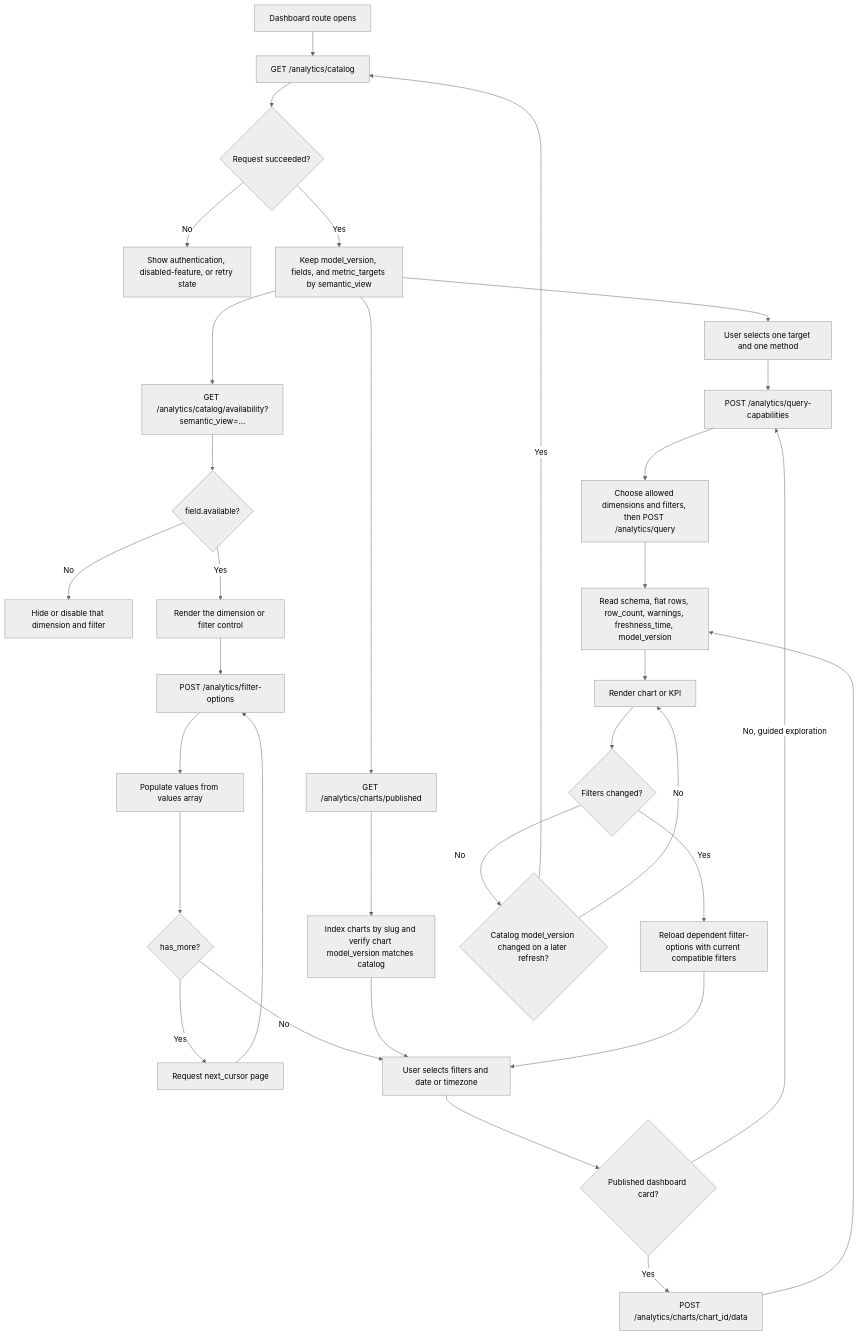
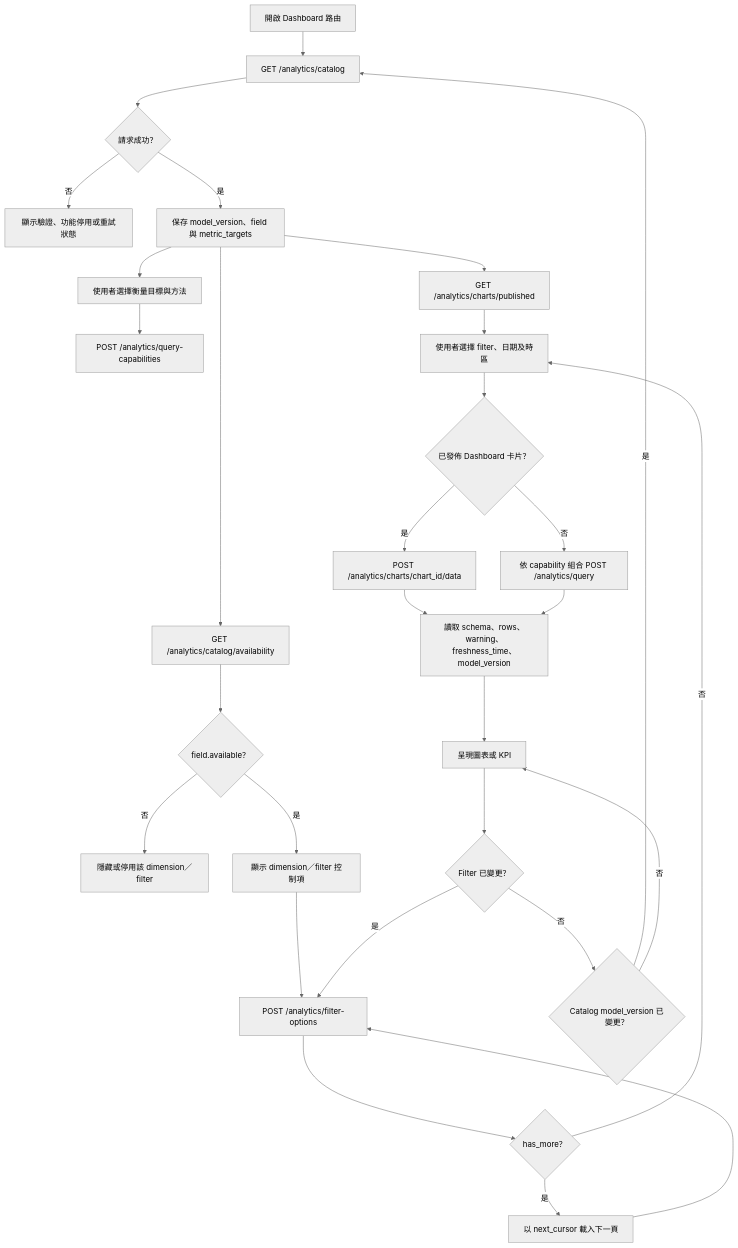
The diagram in docs/FRONTEND_DASHBOARD_ANALYTICS_WORKFLOW.md (jimmy0905/CLS-2-Backend), drawn with Mermaid (neutral theme) before and after one commit. The commit also changed other lines of this file and 11 other files, not shown here.

First line of the commit message:
Update legacy endpoint documentation and semantic view metrics guide with Chinese translations and clarifications

````diff
--- a/docs/FRONTEND_DASHBOARD_ANALYTICS_WORKFLOW.md
+++ b/docs/FRONTEND_DASHBOARD_ANALYTICS_WORKFLOW.md
@@ -16,40 +11,31 @@
 ```mermaid
 flowchart TD
-    A[Dashboard route opens] --> B[GET /analytics/catalog]
-    B --> C{Request succeeded?}
-    C -- No --> C1[Show authentication, disabled-feature, or retry state]
-    C -- Yes --> D[Keep model_version, fields, and metric_targets by semantic_view]
-    D --> V[User selects one target and one method]
-    V --> V1[POST /analytics/query-capabilities]
-
-    D --> E[GET /analytics/catalog/availability?semantic_view=...]
-    E --> F{field.available?}
-    F -- No --> F1[Hide or disable that dimension and filter]
-    F -- Yes --> G[Render the dimension or filter control]
-
-    D --> H[GET /analytics/charts/published]
-    H --> I[Index charts by slug and verify chart model_version matches catalog]
-
-    G --> J[POST /analytics/filter-options]
-    J --> K[Populate values from values array]
-    K --> L{has_more?}
-    L -- Yes --> J1[Request next_cursor page]
-    J1 --> J
-    L -- No --> M[User selects filters and date or timezone]
-    I --> M
-
-    M --> N{Published dashboard card?}
-    N -- Yes --> O[POST /analytics/charts/chart_id/data]
-    N -- No, guided exploration --> V1
-    V1 --> P[Choose allowed dimensions and filters, then POST /analytics/query]
-    O --> Q[Read schema, flat rows, row_count, warnings, freshness_time, model_version]
+    A[開啟 Dashboard 路由] --> B[GET /analytics/catalog]
+    B --> C{請求成功？}
+    C -- 否 --> C1[顯示驗證、功能停用或重試狀態]
+    C -- 是 --> D[保存 model_version、field 與 metric_targets]
+    D --> E[GET /analytics/charts/published]
+    D --> F[使用者選擇衡量目標與方法]
+    F --> G[POST /analytics/query-capabilities]
+    D --> H[GET /analytics/catalog/availability]
+    H --> I{field.available？}
+    I -- 否 --> I1[隱藏或停用該 dimension／filter]
+    I -- 是 --> J[顯示 dimension／filter 控制項]
+    J --> K[POST /analytics/filter-options]
+    K --> L{has_more？}
+    L -- 是 --> K1[以 next_cursor 載入下一頁]
+    K1 --> K
+    L -- 否 --> M[使用者選擇 filter、日期及時區]
+    E --> M
+    M --> N{已發佈 Dashboard 卡片？}
+    N -- 是 --> O[POST /analytics/charts/chart_id/data]
+    N -- 否 --> P[依 capability 組合 POST /analytics/query]
+    O --> Q[讀取 schema、rows、warning、freshness_time、model_version]
     P --> Q
-    Q --> R[Render chart or KPI]
-
-    R --> S{Filters changed?}
-    S -- Yes --> T[Reload dependent filter-options with current compatible filters]
-    T --> M
-    S -- No --> U{Catalog model_version changed on a later refresh?}
-    U -- Yes --> B
-    U -- No --> R
+    Q --> R[呈現圖表或 KPI]
+    R --> S{Filter 已變更？}
+    S -- 是 --> K
+    S -- 否 --> T{Catalog model_version 已變更？}
+    T -- 是 --> B
+    T -- 否 --> R
 ```
````
